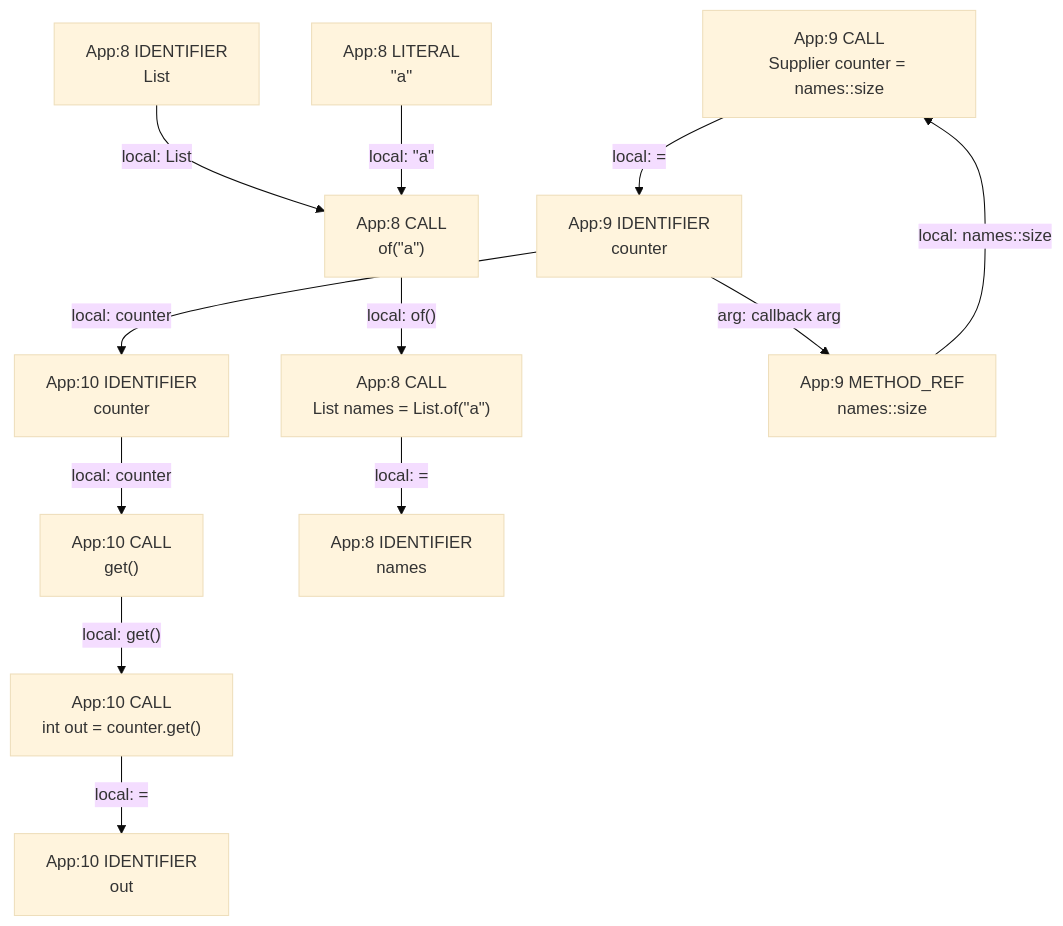
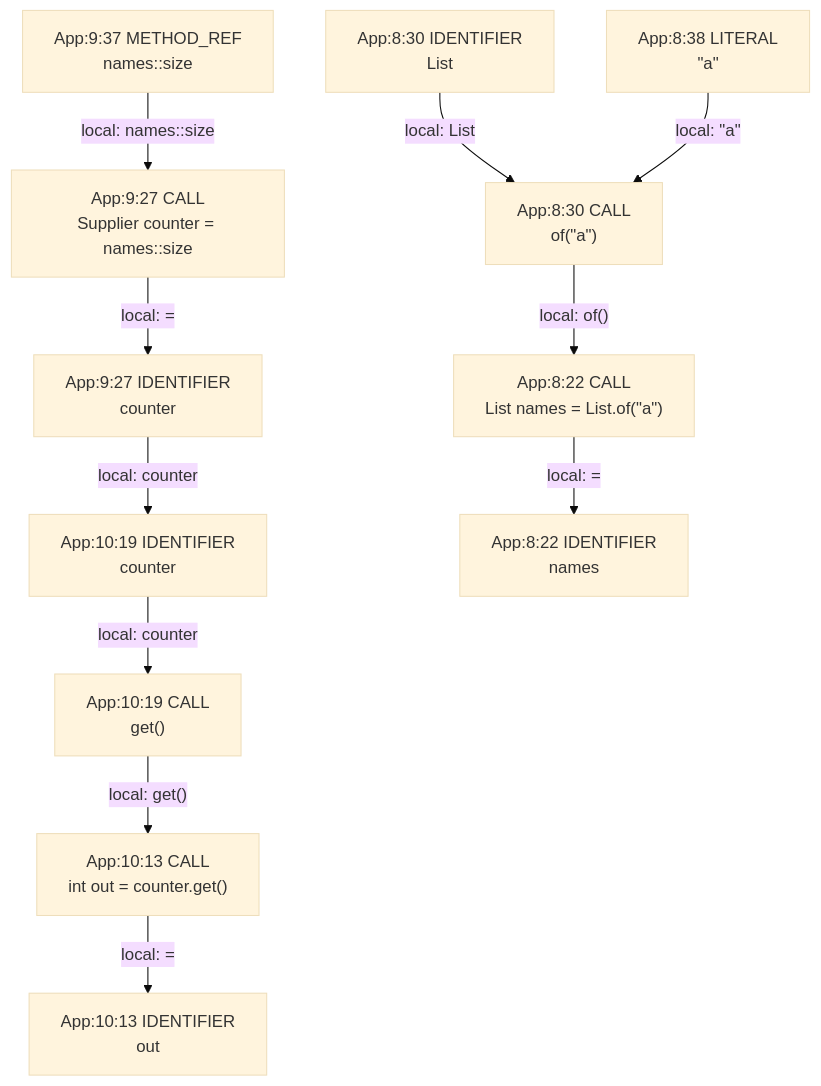
The diagram in app/src/test/resources/memberReference/spike-truth.md (gstiebler/codeflow), drawn with Mermaid (base theme) before and after one commit. The commit also changed 154 other files, not shown here.

First line of the commit message:
spike: tell apart nodes by column, and keep operators out of the callback rule

````diff
--- a/app/src/test/resources/memberReference/spike-truth.md
+++ b/app/src/test/resources/memberReference/spike-truth.md
@@ -3,26 +3,25 @@
 ```mermaid
 flowchart TD
-  n0["App:10 CALL<br/>get()"]
-  n1["App:10 CALL<br/>int out = counter.get()"]
-  n2["App:10 IDENTIFIER<br/>counter"]
-  n3["App:10 IDENTIFIER<br/>out"]
-  n4["App:8 CALL<br/>List names = List.of(#quot;a#quot;)"]
-  n5["App:8 CALL<br/>of(#quot;a#quot;)"]
-  n6["App:8 IDENTIFIER<br/>List"]
-  n7["App:8 IDENTIFIER<br/>names"]
-  n8["App:8 LITERAL<br/>#quot;a#quot;"]
-  n9["App:9 CALL<br/>Supplier counter = names::size"]
-  n10["App:9 IDENTIFIER<br/>counter"]
-  n11["App:9 METHOD_REF<br/>names::size"]
-  n0 -->|"local: get()"| n1
-  n1 -->|"local: ="| n3
-  n10 -->|"arg: callback arg"| n11
-  n10 -->|"local: counter"| n2
+  n0["App:10:13 CALL<br/>int out = counter.get()"]
+  n1["App:10:13 IDENTIFIER<br/>out"]
+  n2["App:10:19 CALL<br/>get()"]
+  n3["App:10:19 IDENTIFIER<br/>counter"]
+  n4["App:8:22 CALL<br/>List names = List.of(#quot;a#quot;)"]
+  n5["App:8:22 IDENTIFIER<br/>names"]
+  n6["App:8:30 CALL<br/>of(#quot;a#quot;)"]
+  n7["App:8:30 IDENTIFIER<br/>List"]
+  n8["App:8:38 LITERAL<br/>#quot;a#quot;"]
+  n9["App:9:27 CALL<br/>Supplier counter = names::size"]
+  n10["App:9:27 IDENTIFIER<br/>counter"]
+  n11["App:9:37 METHOD_REF<br/>names::size"]
+  n0 -->|"local: ="| n1
+  n10 -->|"local: counter"| n3
   n11 -->|"local: names::size"| n9
-  n2 -->|"local: counter"| n0
-  n4 -->|"local: ="| n7
-  n5 -->|"local: of()"| n4
-  n6 -->|"local: List"| n5
-  n8 -->|"local: #quot;a#quot;"| n5
+  n2 -->|"local: get()"| n0
+  n3 -->|"local: counter"| n2
+  n4 -->|"local: ="| n5
+  n6 -->|"local: of()"| n4
+  n7 -->|"local: List"| n6
+  n8 -->|"local: #quot;a#quot;"| n6
   n9 -->|"local: ="| n10
 ```
````
